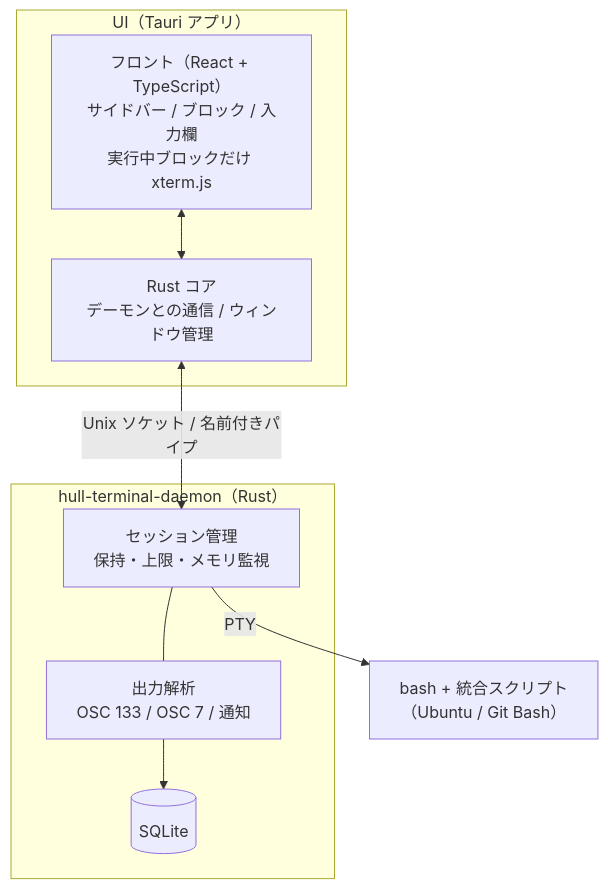
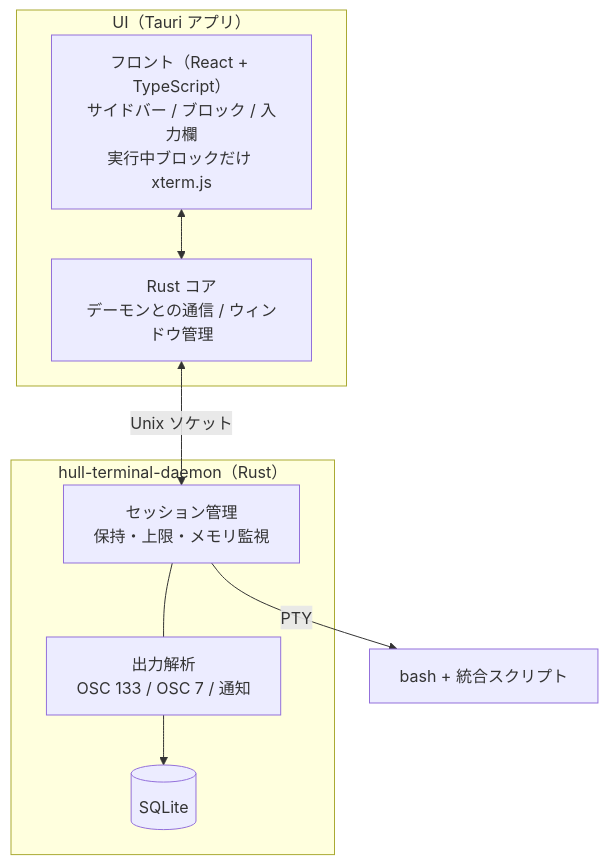
One commit to Coxless/hull changed the diagram in docs/concept.md. Above: the diagram before and after it, drawn with Mermaid. The commit also changed other lines of this file and 23 other files, not shown here.

````diff
--- a/docs/concept.md
+++ b/docs/concept.md
@@ -83,17 +83,17 @@
 ```mermaid
 flowchart TB
   subgraph UI["UI（Tauri アプリ）"]
     FE["フロント（React + TypeScript）<br/>サイドバー / ブロック / 入力欄<br/>実行中ブロックだけ xterm.js"]
     CORE["Rust コア<br/>デーモンとの通信 / ウィンドウ管理"]
     FE <--> CORE
   end
   subgraph D["hull-terminal-daemon（Rust）"]
     SM["セッション管理<br/>保持・上限・メモリ監視"]
     PARSE["出力解析<br/>OSC 133 / OSC 7 / 通知"]
     DB[("SQLite")]
     SM --- PARSE
     PARSE --> DB
   end
-  CORE <-->|"Unix ソケット / 名前付きパイプ"| SM
-  SM -->|PTY| BASH["bash + 統合スクリプト<br/>（Ubuntu / Git Bash）"]
+  CORE <-->|"Unix ソケット"| SM
+  SM -->|PTY| BASH["bash + 統合スクリプト"]
 ```
````
